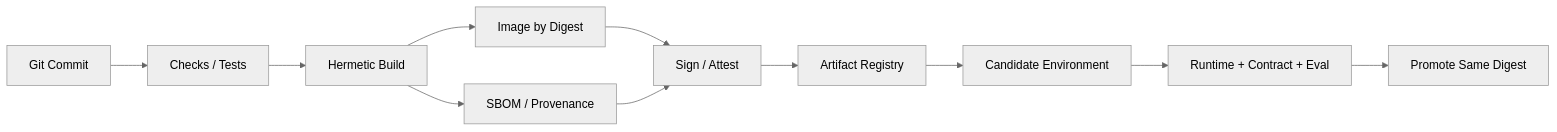
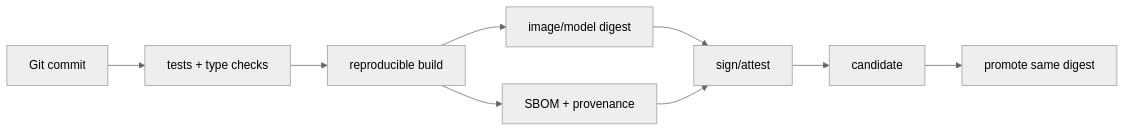
The diagram in docs/devops/ci-cd-artifact-security.md (upJiang/jiang-blog-vitepress), drawn with Mermaid (neutral theme) before and after one commit. The commit also changed other lines of this file and 190 other files, not shown here.

````diff
--- a/docs/devops/ci-cd-artifact-security.md
+++ b/docs/devops/ci-cd-artifact-security.md
@@ -33,13 +31,11 @@
 ```mermaid
 flowchart LR
-  G[Git Commit] --> C[Checks / Tests]
-  C --> B[Hermetic Build]
-  B --> I[Image by Digest]
-  B --> S[SBOM / Provenance]
-  I --> X[Sign / Attest]
+  G[Git commit] --> T[tests + type checks]
+  T --> B[reproducible build]
+  B --> I[image/model digest]
+  B --> S[SBOM + provenance]
+  I --> X[sign/attest]
   S --> X
-  X --> R[Artifact Registry]
-  R --> T[Candidate Environment]
-  T --> V[Runtime + Contract + Eval]
-  V --> P[Promote Same Digest]
+  X --> C[candidate]
+  C --> P[promote same digest]
 ```
````
